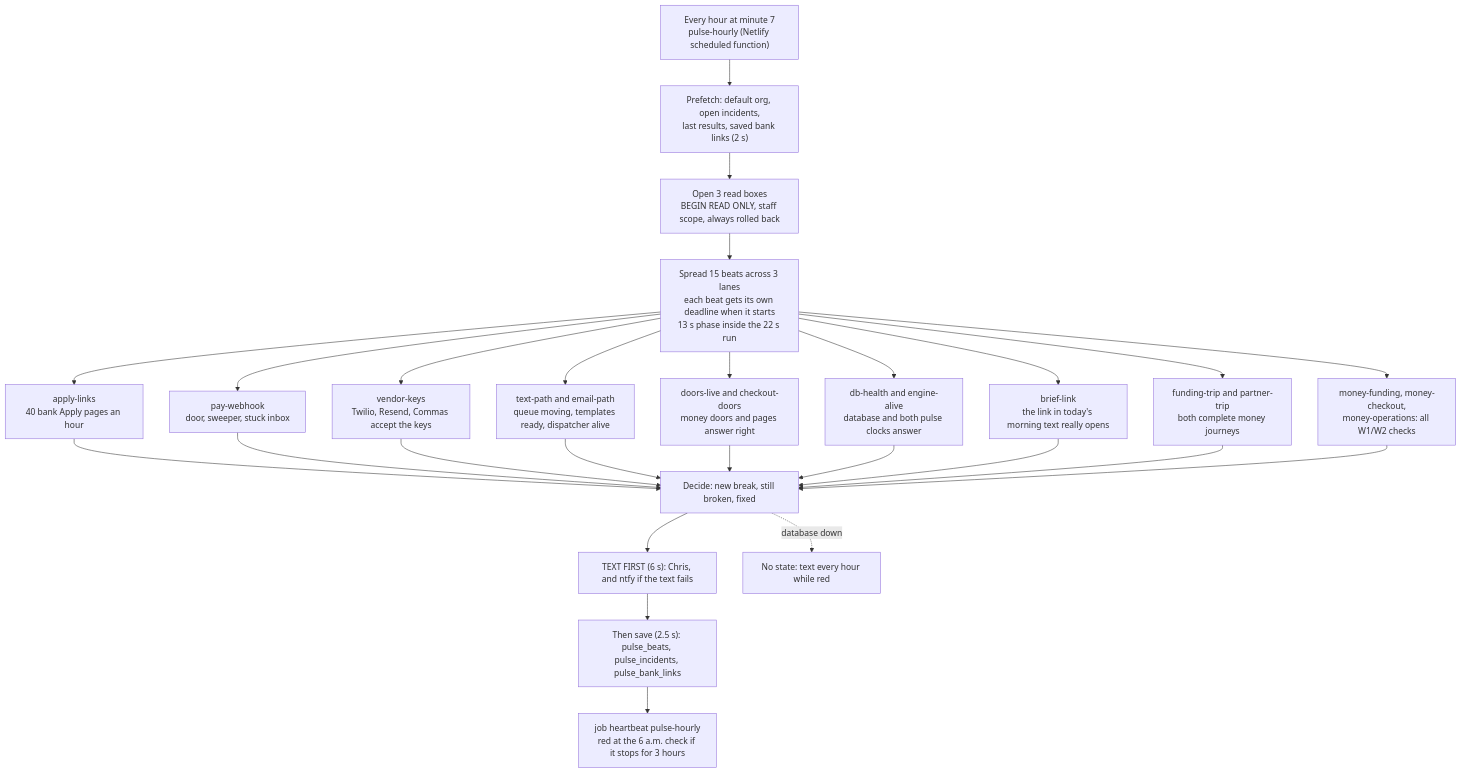
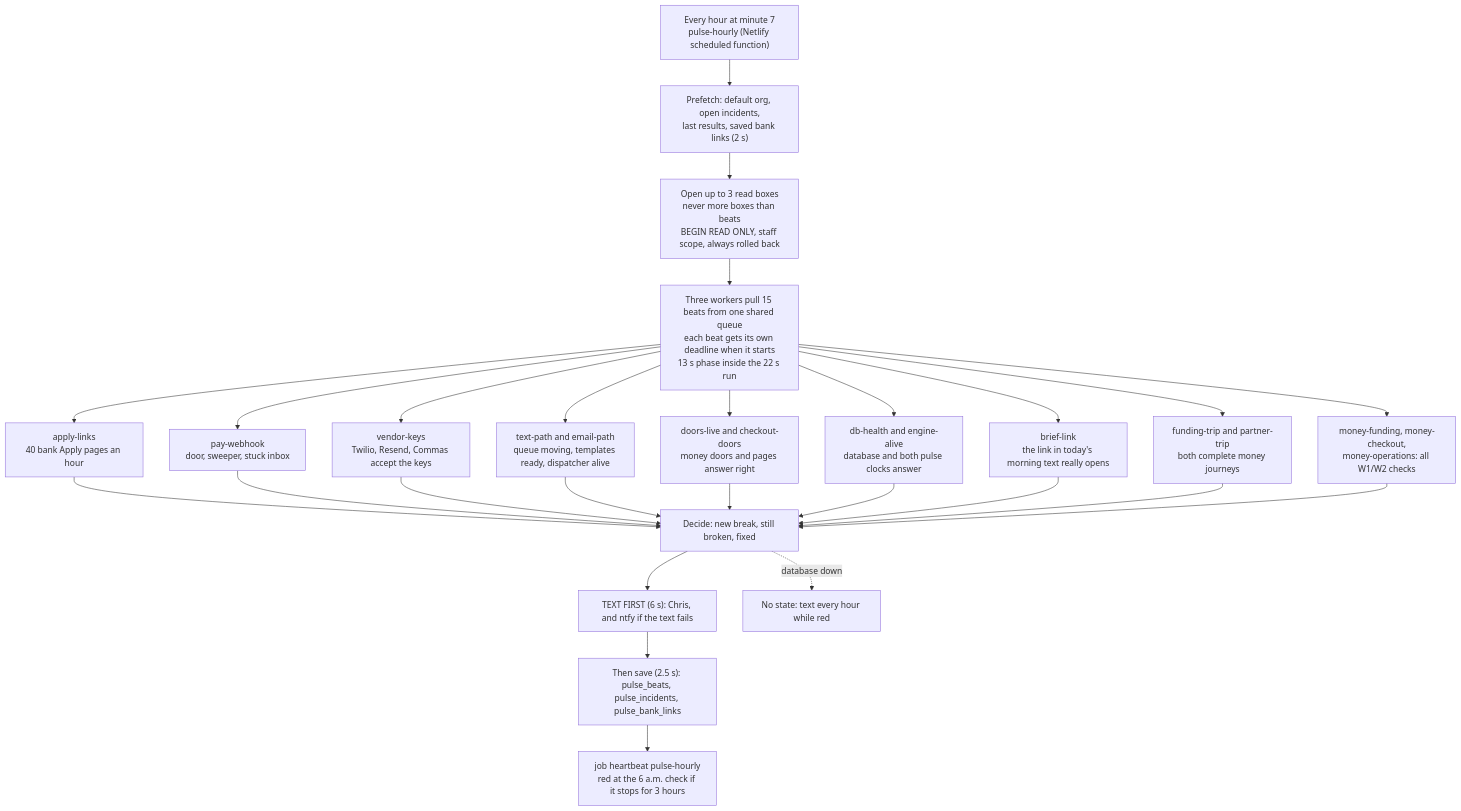
Before and after one commit to ZootimusMaximusSupreme/fundhub-platform: the second of 5 diagrams in docs/journeys/heartbeat-flow.md, drawn with Mermaid. The commit also changed other lines of this file and 7 other files, not shown here.

````diff
--- a/docs/journeys/heartbeat-flow.md
+++ b/docs/journeys/heartbeat-flow.md
@@ -88,28 +88,28 @@
 ```mermaid
 flowchart TD
     CLOCK["Every hour at minute 7<br/>pulse-hourly (Netlify scheduled function)"] --> PRE["Prefetch: default org, open incidents,<br/>last results, saved bank links (2 s)"]
-    PRE --> BOX["Open 3 read boxes<br/>BEGIN READ ONLY, staff scope, always rolled back"]
-    BOX --> BEATS["Spread 15 beats across 3 lanes<br/>each beat gets its own deadline when it starts<br/>13 s phase inside the 22 s run"]
+    PRE --> BOX["Open up to 3 read boxes<br/>never more boxes than beats<br/>BEGIN READ ONLY, staff scope, always rolled back"]
+    BOX --> BEATS["Three workers pull 15 beats from one shared queue<br/>each beat gets its own deadline when it starts<br/>13 s phase inside the 22 s run"]
     BEATS --> B1["apply-links<br/>40 bank Apply pages an hour"]
     BEATS --> B2["pay-webhook<br/>door, sweeper, stuck inbox"]
     BEATS --> B3["vendor-keys<br/>Twilio, Resend, Commas accept the keys"]
     BEATS --> B4["text-path and email-path<br/>queue moving, templates ready, dispatcher alive"]
     BEATS --> B5["doors-live and checkout-doors<br/>money doors and pages answer right"]
     BEATS --> B6["db-health and engine-alive<br/>database and both pulse clocks answer"]
     BEATS --> B7["brief-link<br/>the link in today's morning text really opens"]
     BEATS --> B8["funding-trip and partner-trip<br/>both complete money journeys"]
     BEATS --> B9["money-funding, money-checkout,<br/>money-operations: all W1/W2 checks"]
     B1 --> DECIDE["Decide: new break, still broken, fixed"]
     B2 --> DECIDE
     B3 --> DECIDE
     B4 --> DECIDE
     B5 --> DECIDE
     B6 --> DECIDE
     B7 --> DECIDE
     B8 --> DECIDE
     B9 --> DECIDE
     DECIDE --> TEXT["TEXT FIRST (6 s): Chris, and ntfy if the text fails"]
     TEXT --> REC["Then save (2.5 s): pulse_beats, pulse_incidents, pulse_bank_links"]
     REC --> BEAT["job heartbeat pulse-hourly<br/>red at the 6 a.m. check if it stops for 3 hours"]
     DECIDE -.->|database down| FALL["No state: text every hour while red"]
 ```
````
